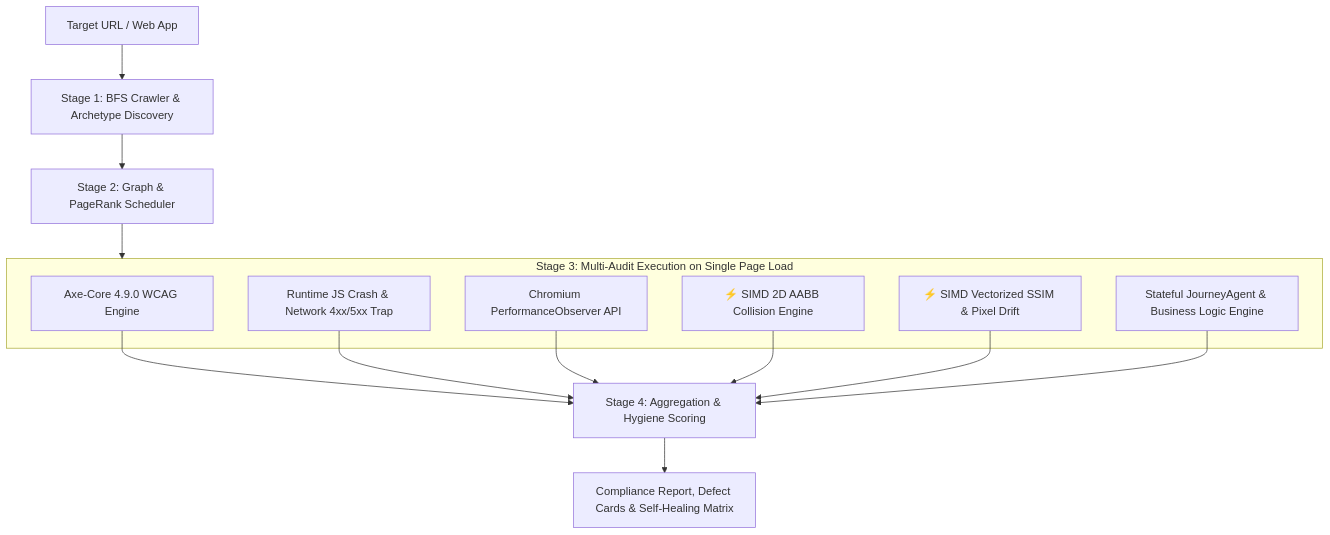
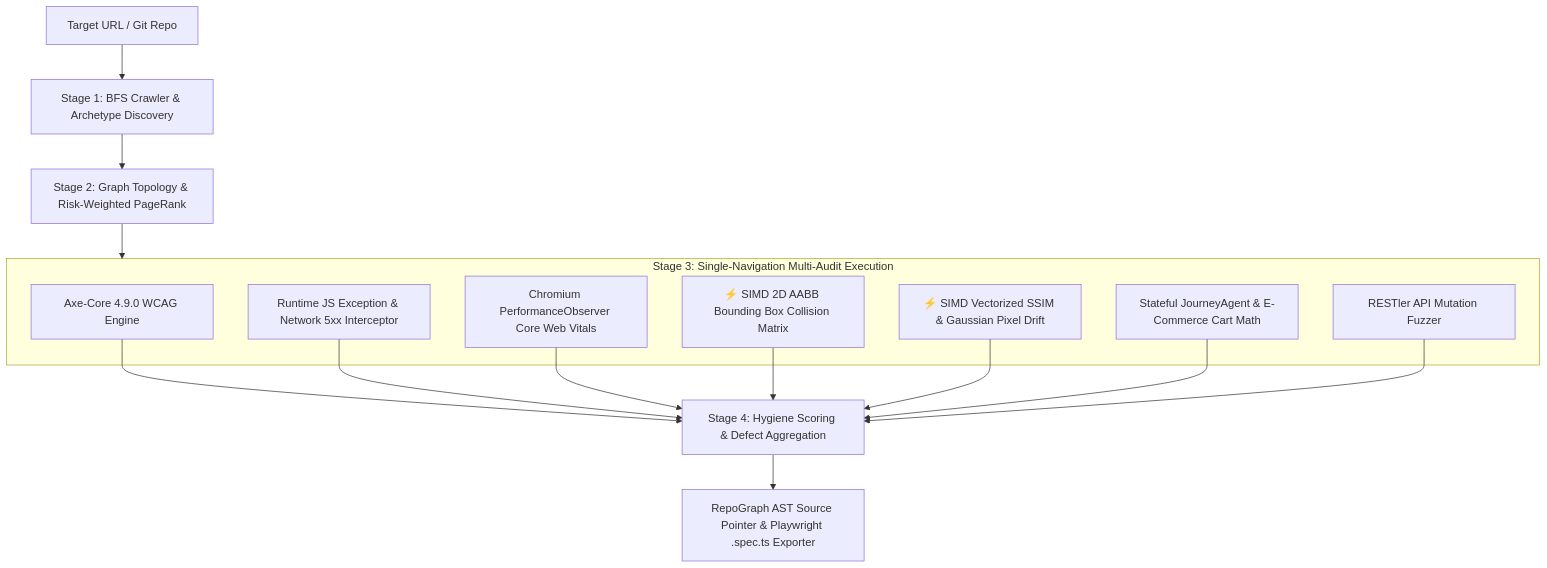
Before and after one commit to rohith2157/BUGZERO: the diagram in README.md, drawn with Mermaid. The commit also changed other lines of this file and 1 other file, not shown here.

````diff
--- a/README.md
+++ b/README.md
@@ -51,23 +111,25 @@
 ```mermaid
 flowchart TD
-    A[Target URL / Web App] --> B[Stage 1: BFS Crawler & Archetype Discovery]
-    B --> C[Stage 2: Graph & PageRank Scheduler]
+    A[Target URL / Git Repo] --> B[Stage 1: BFS Crawler & Archetype Discovery]
+    B --> C[Stage 2: Graph Topology & Risk-Weighted PageRank]
     C --> D[Stage 3: Single-Navigation Multi-Audit Engine]
   
-    subgraph D [Stage 3: Multi-Audit Execution on Single Page Load]
+    subgraph D [Stage 3: Single-Navigation Multi-Audit Execution]
         D1[Axe-Core 4.9.0 WCAG Engine]
-        D2[Runtime JS Crash & Network 4xx/5xx Trap]
-        D3[Chromium PerformanceObserver API]
-        D4[⚡ SIMD 2D AABB Collision Engine]
-        D5[⚡ SIMD Vectorized SSIM & Pixel Drift]
-        D6[Stateful JourneyAgent & Business Logic Engine]
+        D2[Runtime JS Exception & Network 5xx Interceptor]
+        D3[Chromium PerformanceObserver Core Web Vitals]
+        D4[⚡ SIMD 2D AABB Bounding Box Collision Matrix]
+        D5[⚡ SIMD Vectorized SSIM & Gaussian Pixel Drift]
+        D6[Stateful JourneyAgent & E-Commerce Cart Math]
+        D7[RESTler API Mutation Fuzzer]
     end
   
-    D1 --> E[Stage 4: Aggregation & Hygiene Scoring]
+    D1 --> E[Stage 4: Hygiene Scoring & Defect Aggregation]
     D2 --> E
     D3 --> E
     D4 --> E
     D5 --> E
     D6 --> E
-    E --> F[Compliance Report, Defect Cards & Self-Healing Matrix]
+    D7 --> E
+    E --> F[RepoGraph AST Source Pointer & Playwright .spec.ts Exporter]
 ```
````
